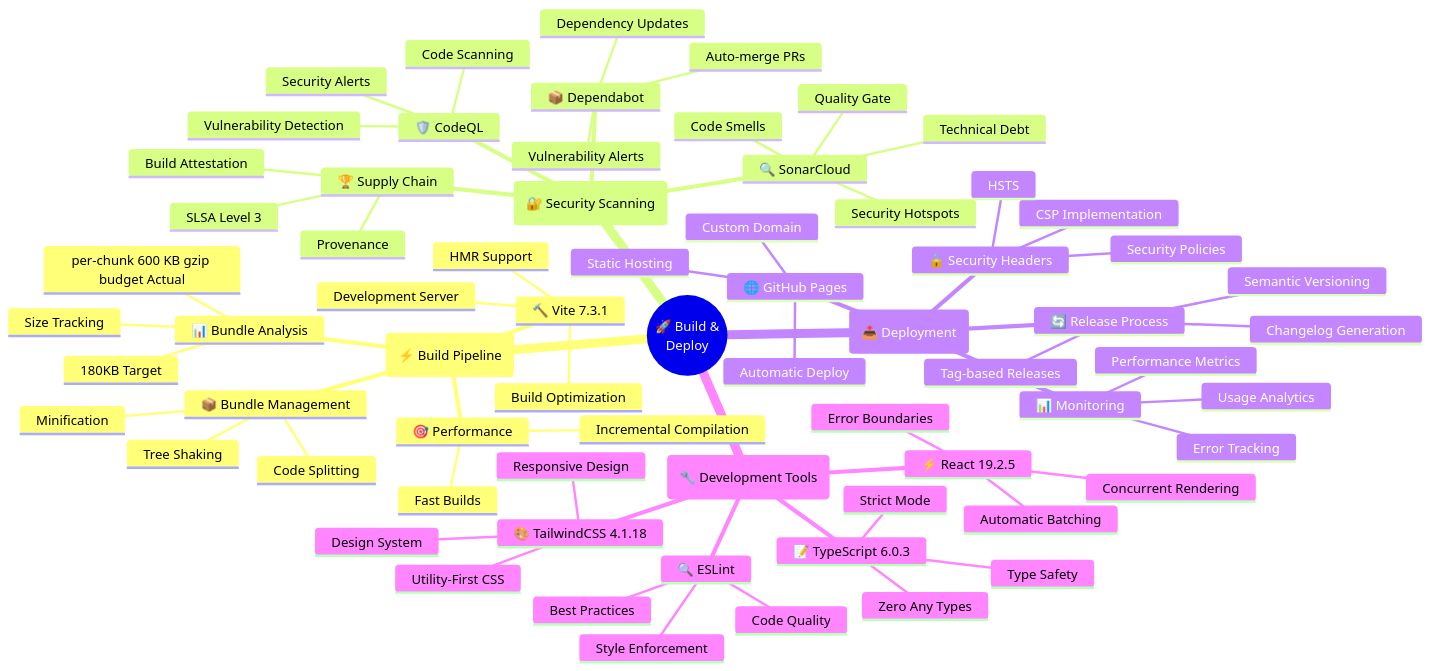
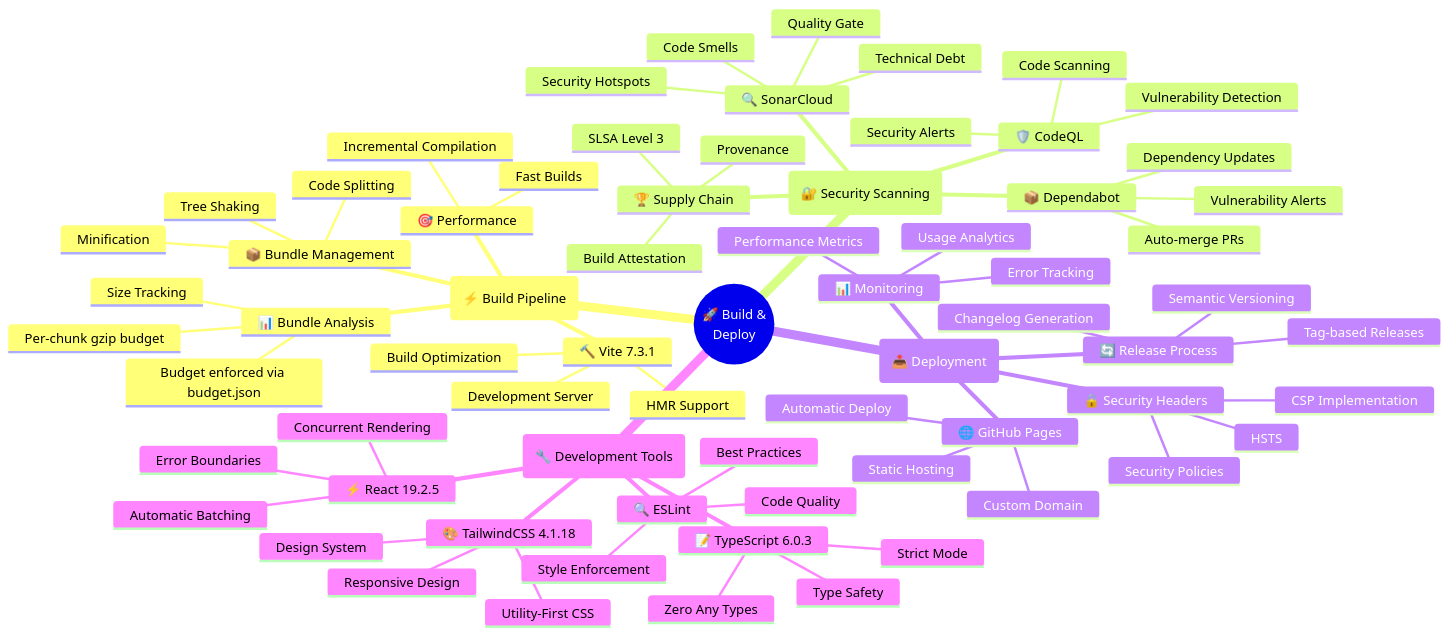
One commit to Hack23/cia-compliance-manager changed the sixth of 13 diagrams in docs/architecture/MINDMAP.md. Above: the diagram before and after it, drawn with Mermaid. The commit also changed other lines of this file and 6 other files, not shown here.

````diff
--- a/docs/architecture/MINDMAP.md
+++ b/docs/architecture/MINDMAP.md
@@ -553,72 +553,72 @@
 ```mermaid
 mindmap
   root((🚀 Build &<br/>Deploy))
     (⚡ Build Pipeline)
       🔨 Vite 7.3.1
         Development Server
         HMR Support
         Build Optimization
       📦 Bundle Management
         Code Splitting
         Tree Shaking
         Minification
       📊 Bundle Analysis
         Size Tracking
-        per-chunk 600 KB gzip budget Actual
-        180KB Target
+        Per-chunk gzip budget
+        Budget enforced via budget.json
       🎯 Performance
         Fast Builds
         Incremental Compilation
     (🔐 Security Scanning)
       🔍 SonarCloud
         Quality Gate
         Security Hotspots
         Code Smells
         Technical Debt
       🛡️ CodeQL
         Vulnerability Detection
         Code Scanning
         Security Alerts
       📦 Dependabot
         Dependency Updates
         Vulnerability Alerts
         Auto-merge PRs
       🏆 Supply Chain
         SLSA Level 3
         Build Attestation
         Provenance
     (📤 Deployment)
       🌐 GitHub Pages
         Static Hosting
         Automatic Deploy
         Custom Domain
       🔒 Security Headers
         CSP Implementation
         HSTS
         Security Policies
       📊 Monitoring
         Performance Metrics
         Error Tracking
         Usage Analytics
       🔄 Release Process
         Semantic Versioning
         Changelog Generation
         Tag-based Releases
     (🔧 Development Tools)
       📝 TypeScript 6.0.3
         Strict Mode
         Type Safety
         Zero Any Types
       🎨 TailwindCSS 4.1.18
         Utility-First CSS
         Design System
         Responsive Design
       ⚡ React 19.2.5
         Concurrent Rendering
         Error Boundaries
         Automatic Batching
       🔍 ESLint
         Code Quality
         Style Enforcement
         Best Practices
 ```
````
